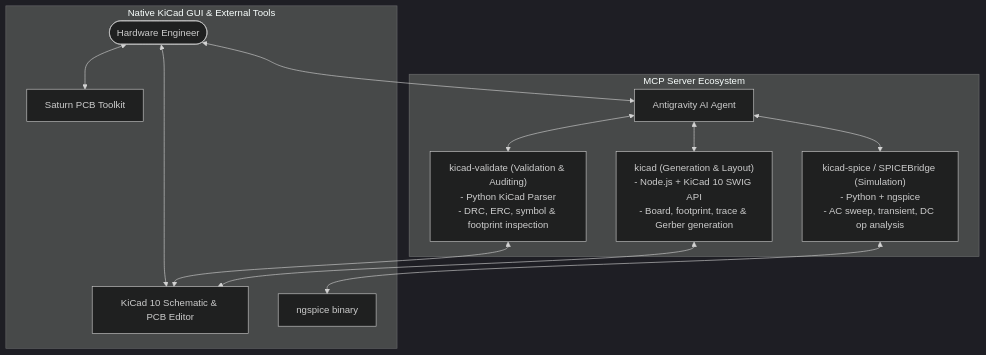
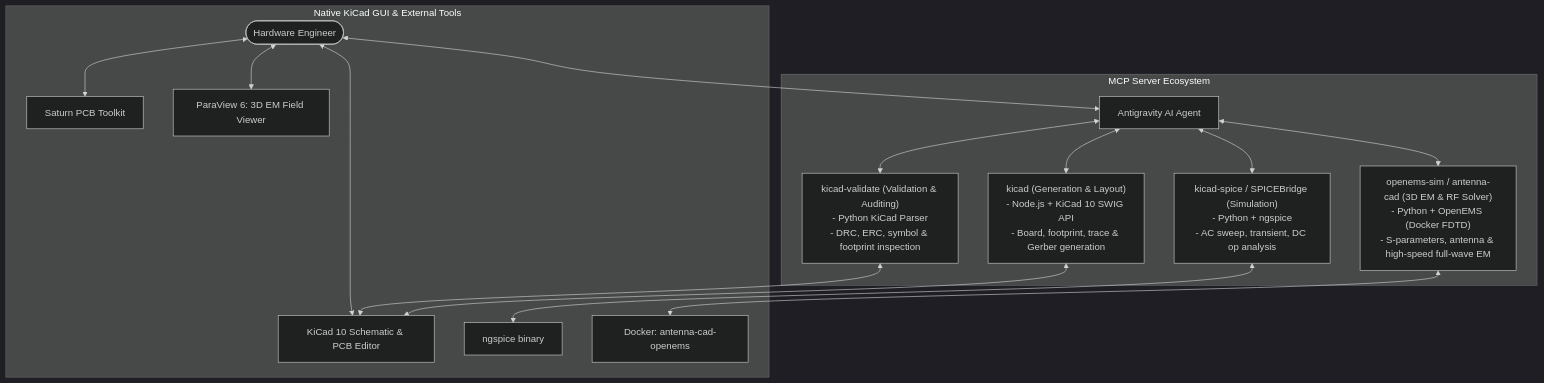
The diagram in PCB_AUTOMATION_PIPELINE_GUIDE.md (himanshu40304/PCB_automation), drawn with Mermaid (dark theme) before and after one commit. The commit also changed other lines of this file and 458 other files, not shown here.

Commit message:
feat(lvds): add high-speed 400+ Mbps LVDS eval board with full-wave OpenEMS 3D sim, via stitching, and gold edge plating

````diff
--- a/PCB_AUTOMATION_PIPELINE_GUIDE.md
+++ b/PCB_AUTOMATION_PIPELINE_GUIDE.md
@@ -31,18 +31,21 @@
 ```mermaid
 graph TD
     User([Hardware Engineer]) <--> Agent[Antigravity AI Agent]
     
     subgraph MCP Server Ecosystem
         Agent <--> S1["kicad (Generation & Layout)<br/>- Node.js + KiCad 10 SWIG API<br/>- Board, footprint, trace & Gerber generation"]
         Agent <--> S2["kicad-validate (Validation & Auditing)<br/>- Python KiCad Parser<br/>- DRC, ERC, symbol & footprint inspection"]
         Agent <--> S3["kicad-spice / SPICEBridge (Simulation)<br/>- Python + ngspice<br/>- AC sweep, transient, DC op analysis"]
+        Agent <--> S4["openems-sim / antenna-cad (3D EM & RF Solver)<br/>- Python + OpenEMS (Docker FDTD)<br/>- S-parameters, antenna & high-speed full-wave EM"]
     end
     
     subgraph Native KiCad GUI & External Tools
         S1 <--> KiCad[KiCad 10 Schematic & PCB Editor]
         S2 <--> KiCad
         S3 <--> Ngspice[ngspice binary]
+        S4 <--> OpenEMS[Docker: antenna-cad-openems]
         User <--> KiCad
         User <--> Saturn[Saturn PCB Toolkit]
+        User <--> ParaView[ParaView 6: 3D EM Field Viewer]
     end
 ```
````
